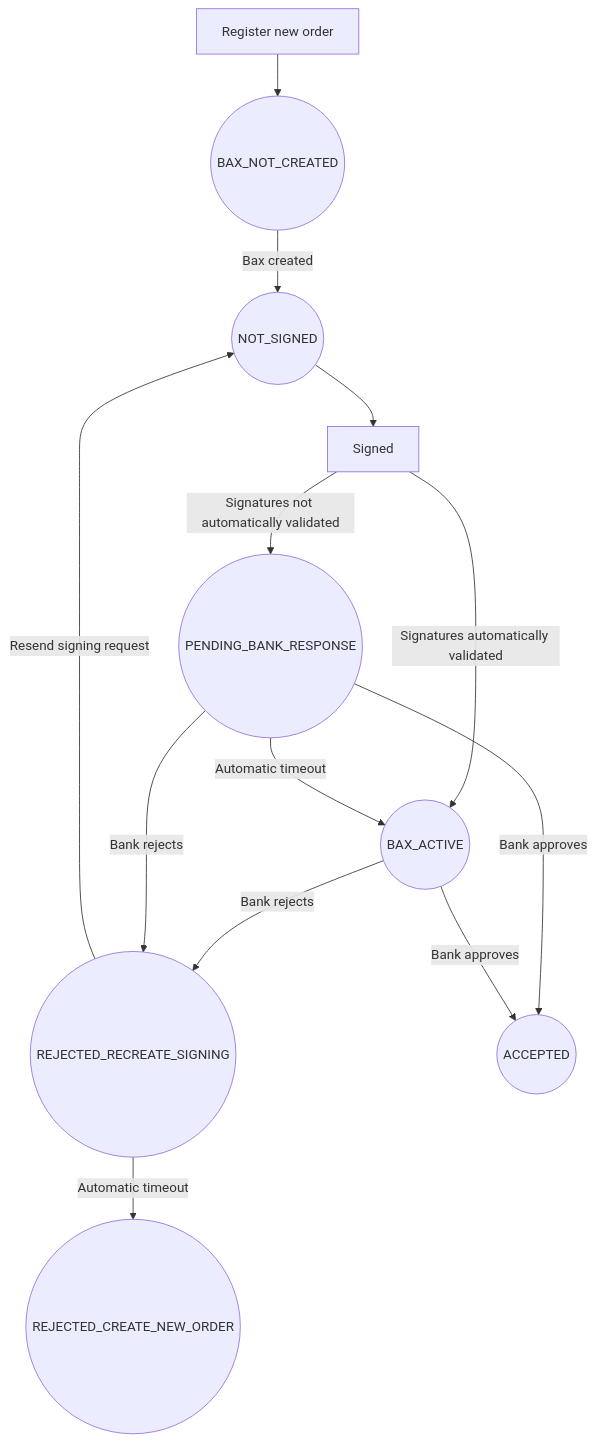
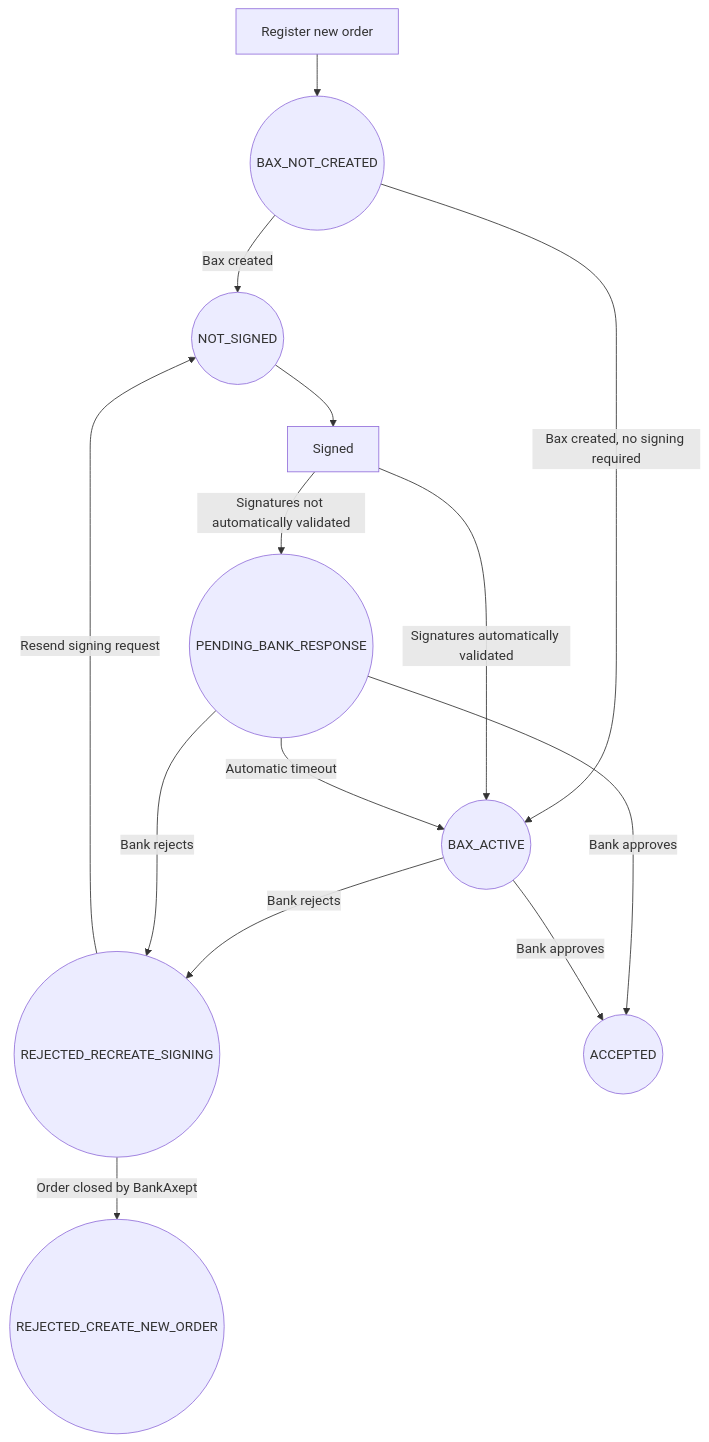
One commit to BankAxept/bankaxept-onboarding-external-documentation changed the diagram in docs/getting_started.md. Above: the diagram before and after it, drawn with Mermaid. The commit also changed other lines of this file and 3 other files, not shown here.

Commit message:
update flow charts with webhooks and clarify webhoos QOS

````diff
--- a/docs/getting_started.md
+++ b/docs/getting_started.md
@@ -50,15 +52,16 @@
 ```mermaid
 graph TD
     A[Register new order] --> B((BAX_NOT_CREATED))
     B -->|Bax created| C((NOT_SIGNED))
+    B -->|Bax created, no signing required| E((BAX_ACTIVE))
     C --> H[Signed]
     H -->|Signatures not automatically validated| D((PENDING_BANK_RESPONSE))
     H -->|Signatures automatically validated| E((BAX_ACTIVE))
     E -->|Bank rejects| F((REJECTED_RECREATE_SIGNING))
     D -->|Bank rejects| F((REJECTED_RECREATE_SIGNING))
     D -->|Bank approves| G((ACCEPTED))
     D -->|Automatic timeout| E((BAX_ACTIVE))
     E -->|Bank approves| G((ACCEPTED))
     F -->|Resend signing request| C((NOT_SIGNED))
-    F -->|Automatic timeout| I((REJECTED_CREATE_NEW_ORDER))
+    F -->|Order closed by BankAxept| I((REJECTED_CREATE_NEW_ORDER))
 ```
````
